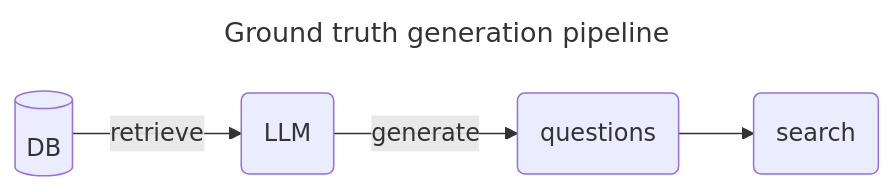
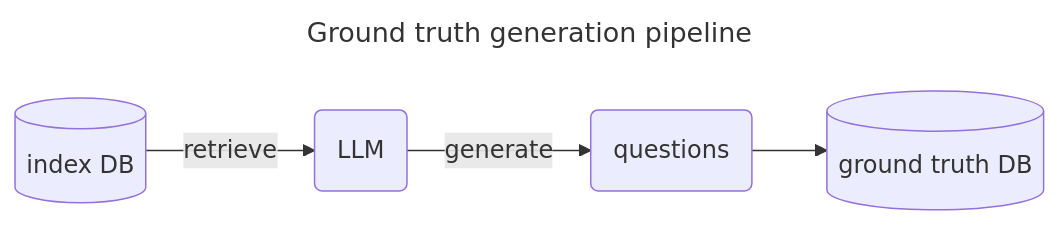
One commit to pedro-cardoso16/video-game-knowledge-assistant changed the second of 5 diagrams in README.md. Above: the diagram before and after it, drawn with Mermaid. The commit also changed other lines of this file and 9 other files, not shown here.

````diff
--- a/README.md
+++ b/README.md
@@ -79,9 +79,9 @@
 ```mermaid
 ---
 title: Ground truth generation pipeline
 ---
 flowchart LR
-DB[(DB)] -->|retrieve| LLM
+DB[(index DB)] -->|retrieve| LLM
 LLM(LLM) -->|generate| Q(questions) 
-Q --> S(search)
+Q --> GT[(ground truth DB)]
 ```
````
